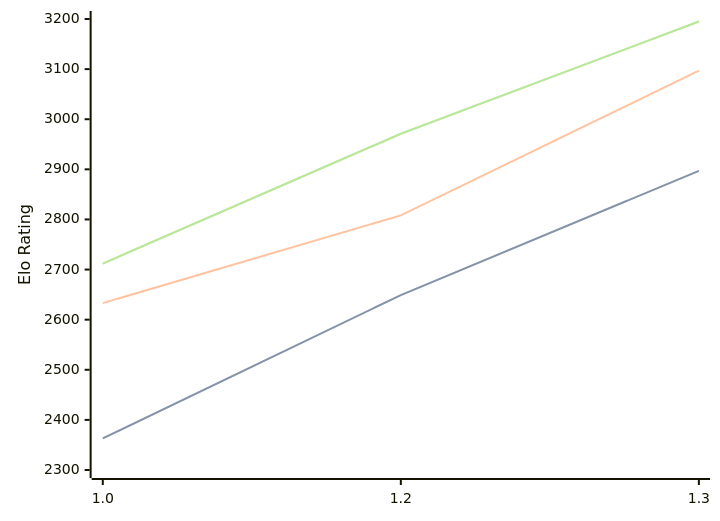
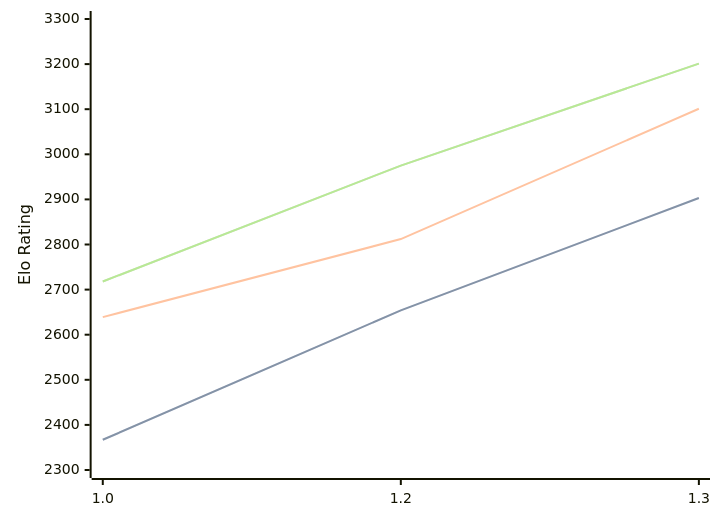
The diagram in engines/Chessnix.md (computer-chess-index/cci), drawn with Mermaid before and after one commit. The commit also changed other lines of this file, not shown here.

Commit message:
Update CCI Ratings (ELO VLTC) - 2026-04-14

````diff
--- a/engines/Chessnix.md
+++ b/engines/Chessnix.md
@@ -35,11 +35,11 @@
 ```mermaid
 %%{init: {"theme":"base","themeVariables":{"seriesColors:['#a3a3a3','#222221','#faa371']}}}%%
 xychart-beta
   x-axis ["1.0", "1.2", "1.3"]
-  y-axis "Elo Rating" 2300 --> 3200
-  line "STC (8.0+0.08s)" [2363, 2649, 2897]
-  line "STC (8.0+0.08s)" [2363, 2649, 2897]
-  line "LTC (60.0+0.60s)" [2633, 2808, 3097]
-  line "VLTC (2m24s+1.12s)" [2712, 2971, 3195]
-  line "VLTC (2m24s+1.12s)" [2712, 2971, 3195]
+  y-axis "Elo Rating" 2300 --> 3300
+  line "STC (8.0+0.08s)" [2367, 2654, 2903]
+  line "STC (8.0+0.08s)" [2367, 2654, 2903]
+  line "LTC (60.0+0.60s)" [2639, 2812, 3101]
+  line "VLTC (2m24s+1.12s)" [2718, 2975, 3201]
+  line "VLTC (2m24s+1.12s)" [2718, 2975, 3201]
 ```
````
